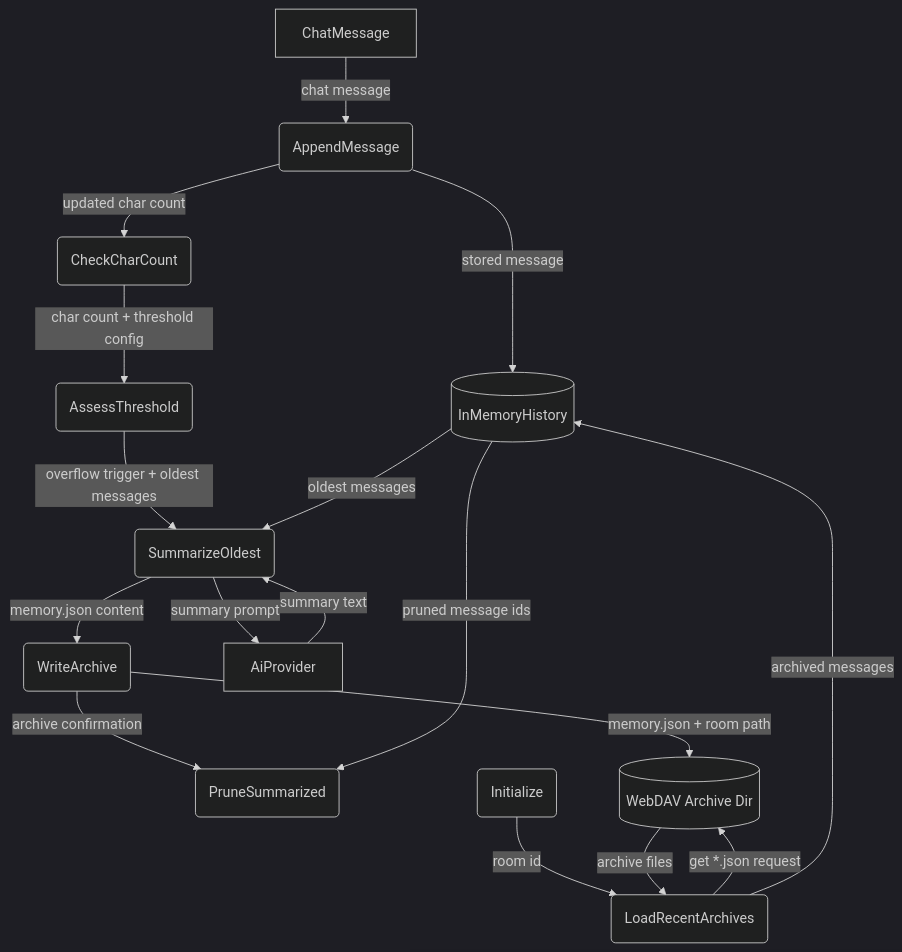
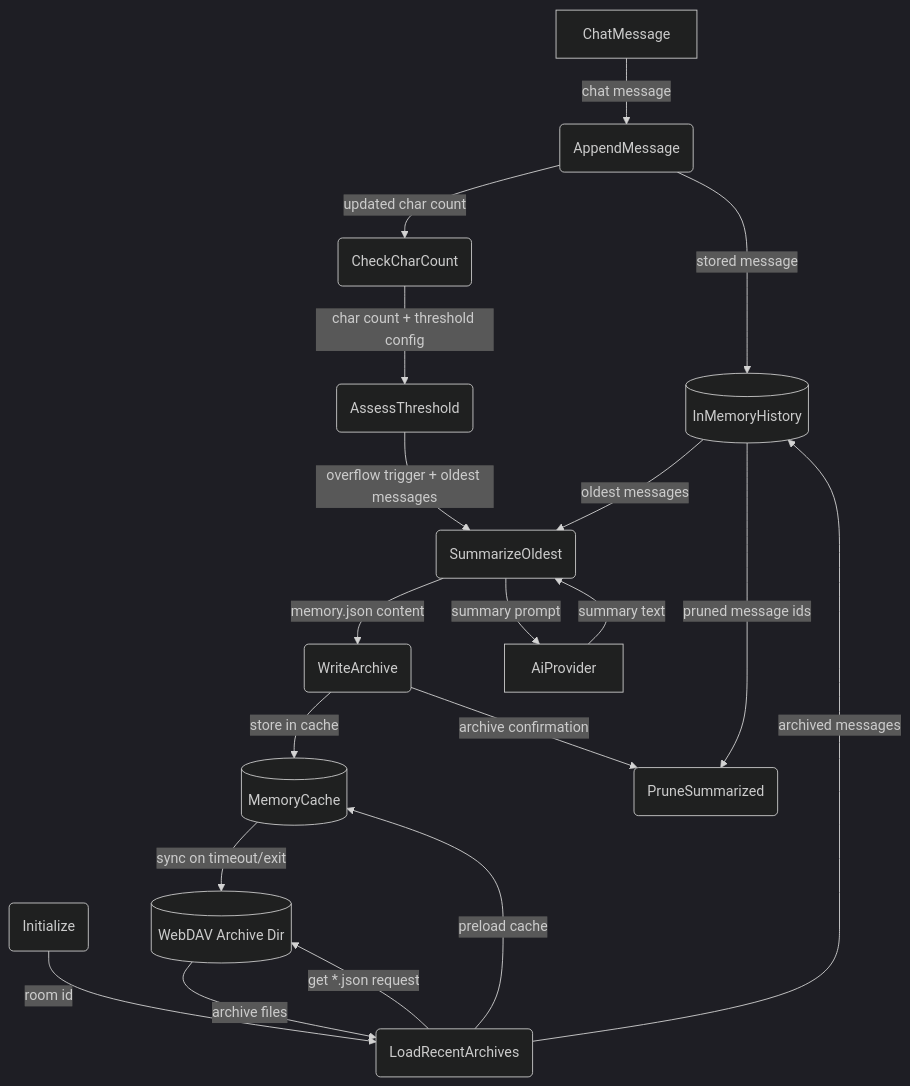
One commit to cosmoswafer/rockbot changed the first of 3 diagrams in _dfds/base/memory.md. Above: the diagram before and after it, drawn with Mermaid (dark theme). The commit also changed other lines of this file and 1 other file, not shown here.

Commit message:
docs: add system memory cache layer for JSON memory archives in WebDAV DFD

````diff
--- a/_dfds/base/memory.md
+++ b/_dfds/base/memory.md
@@ -22,32 +27,35 @@
 ```mermaid
 flowchart TD
     MSG[ChatMessage]
     STORE[(InMemoryHistory)]
+    CACHE[(MemoryCache)]
     APPEND(AppendMessage)
     COUNT(CheckCharCount)
     THRESHOLD(AssessThreshold)
     SUMMARIZE(SummarizeOldest)
     ARCHIVE(WriteArchive)
     PRUNE(PruneSummarized)
     WEBDAV[(WebDAV Archive Dir)]
     AI[AiProvider]
     LOAD(LoadRecentArchives)
     INIT(Initialize)
 
     MSG -->|"chat message"| APPEND
     APPEND -->|"stored message"| STORE
     APPEND -->|"updated char count"| COUNT
     COUNT -->|"char count + threshold config"| THRESHOLD
     THRESHOLD -->|"overflow trigger + oldest messages"| SUMMARIZE
     STORE -->|"oldest messages"| SUMMARIZE
     SUMMARIZE -->|"summary prompt"| AI
     AI -->|"summary text"| SUMMARIZE
     SUMMARIZE -->|"memory.json content"| ARCHIVE
-    ARCHIVE -->|"memory.json + room path"| WEBDAV
+    ARCHIVE -->|"store in cache"| CACHE
+    CACHE -->|"sync on timeout/exit"| WEBDAV
     ARCHIVE -->|"archive confirmation"| PRUNE
     STORE -->|"pruned message ids"| PRUNE
     INIT -->|"room id"| LOAD
     LOAD -->|"get *.json request"| WEBDAV
     WEBDAV -->|"archive files"| LOAD
+    LOAD -->|"preload cache"| CACHE
     LOAD -->|"archived messages"| STORE
 ```
````
